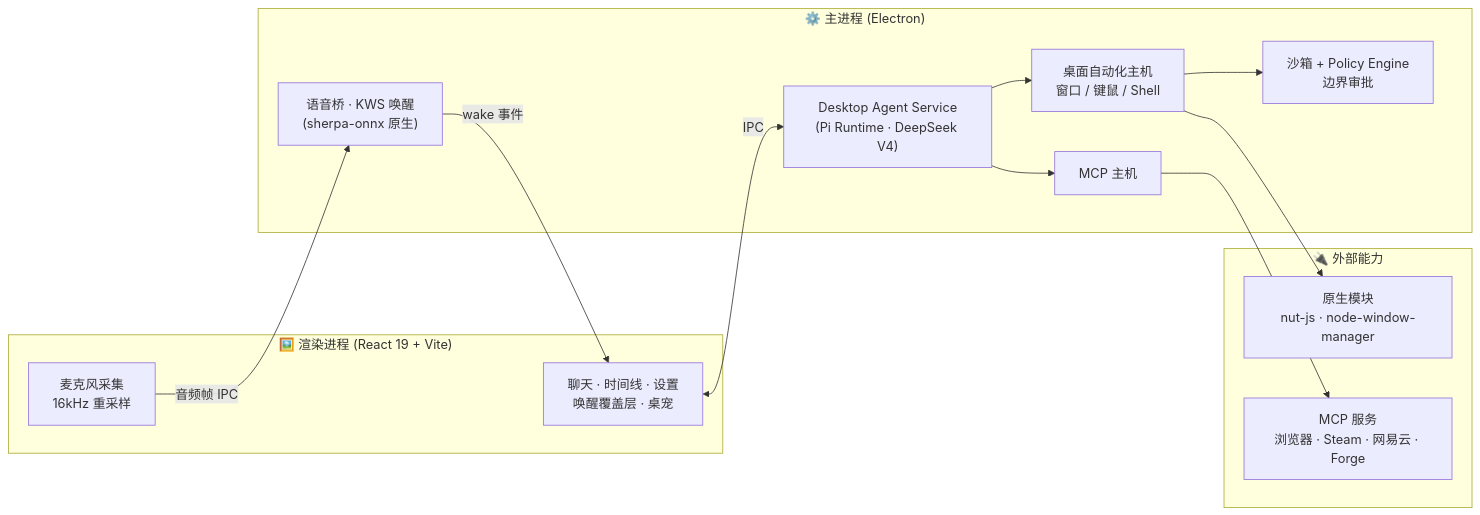
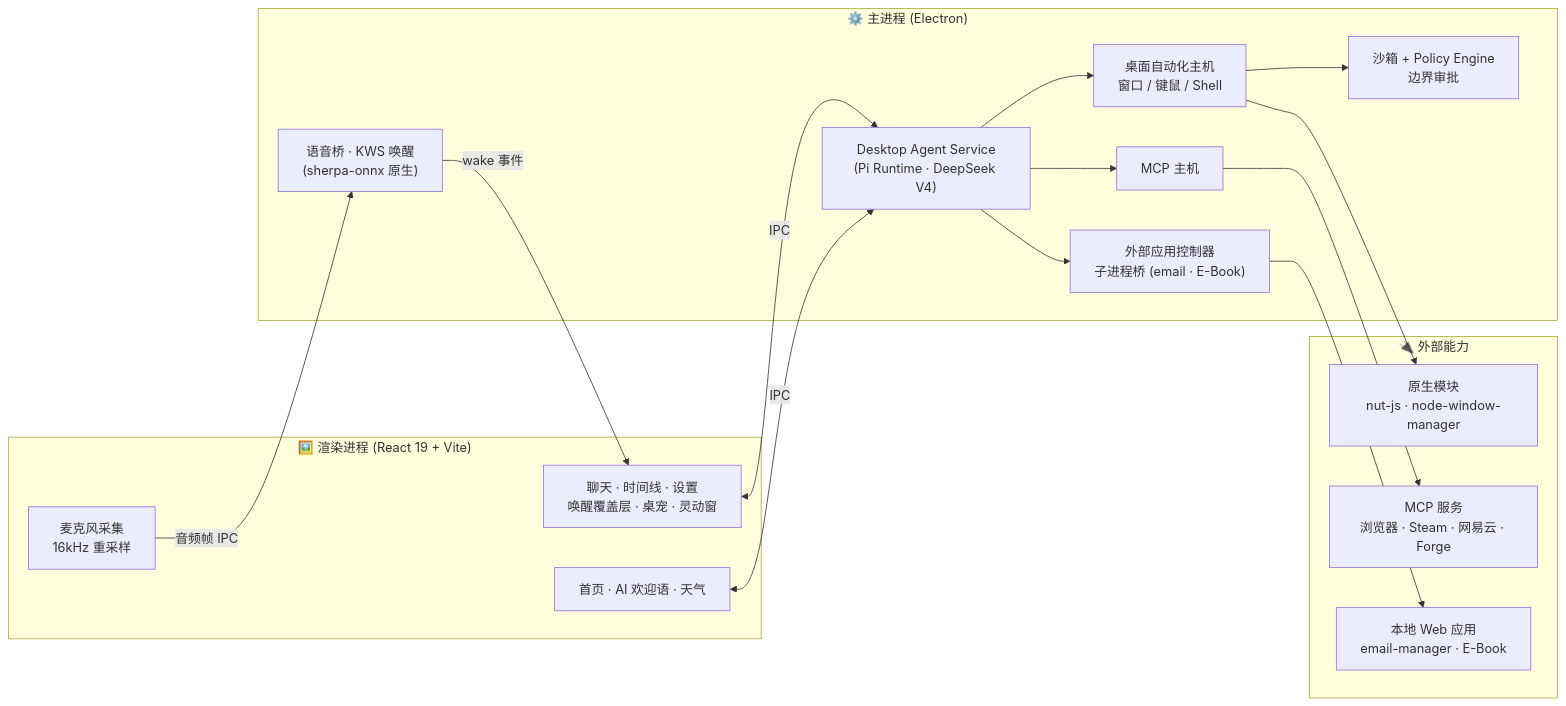
One commit to Passer1072/pi-assistant changed the diagram in README.md. Above: the diagram before and after it, drawn with Mermaid. The commit also changed other lines of this file and 99 other files, not shown here.

First line of the commit message:
feat(desktop-assistant): 灵动窗、更多应用平台、首页 AI 欢迎语、实时流程化等多项新功能

````diff
--- a/README.md
+++ b/README.md
@@ -56,29 +64,35 @@
 ```mermaid
 flowchart LR
     subgraph R["🖼️ 渲染进程 (React 19 + Vite)"]
-        UI["聊天 · 时间线 · 设置<br/>唤醒覆盖层 · 桌宠"]
+        UI["聊天 · 时间线 · 设置<br/>唤醒覆盖层 · 桌宠 · 灵动窗"]
+        HOME["首页 · AI 欢迎语 · 天气"]
         MIC["麦克风采集<br/>16kHz 重采样"]
     end
 
     subgraph M["⚙️ 主进程 (Electron)"]
         AGENT["Desktop Agent Service<br/>(Pi Runtime · DeepSeek V4)"]
         VOICE["语音桥 · KWS 唤醒<br/>(sherpa-onnx 原生)"]
         AUTO["桌面自动化主机<br/>窗口 / 键鼠 / Shell"]
         SANDBOX["沙箱 + Policy Engine<br/>边界审批"]
         MCPHOST["MCP 主机"]
+        EXTAPP["外部应用控制器<br/>子进程桥 (email · E-Book)"]
     end
 
     subgraph EXT["🔌 外部能力"]
         NATIVE["原生模块<br/>nut-js · node-window-manager"]
         SERVERS["MCP 服务<br/>浏览器 · Steam · 网易云 · Forge"]
+        WEBAPPS["本地 Web 应用<br/>email-manager · E-Book"]
     end
 
     UI <-->|IPC| AGENT
+    HOME <-->|IPC| AGENT
     MIC -->|音频帧 IPC| VOICE
     VOICE -->|wake 事件| UI
     AGENT --> AUTO
     AGENT --> MCPHOST
+    AGENT --> EXTAPP
     AUTO --> SANDBOX
     AUTO --> NATIVE
     MCPHOST --> SERVERS
+    EXTAPP --> WEBAPPS
 ```
````
